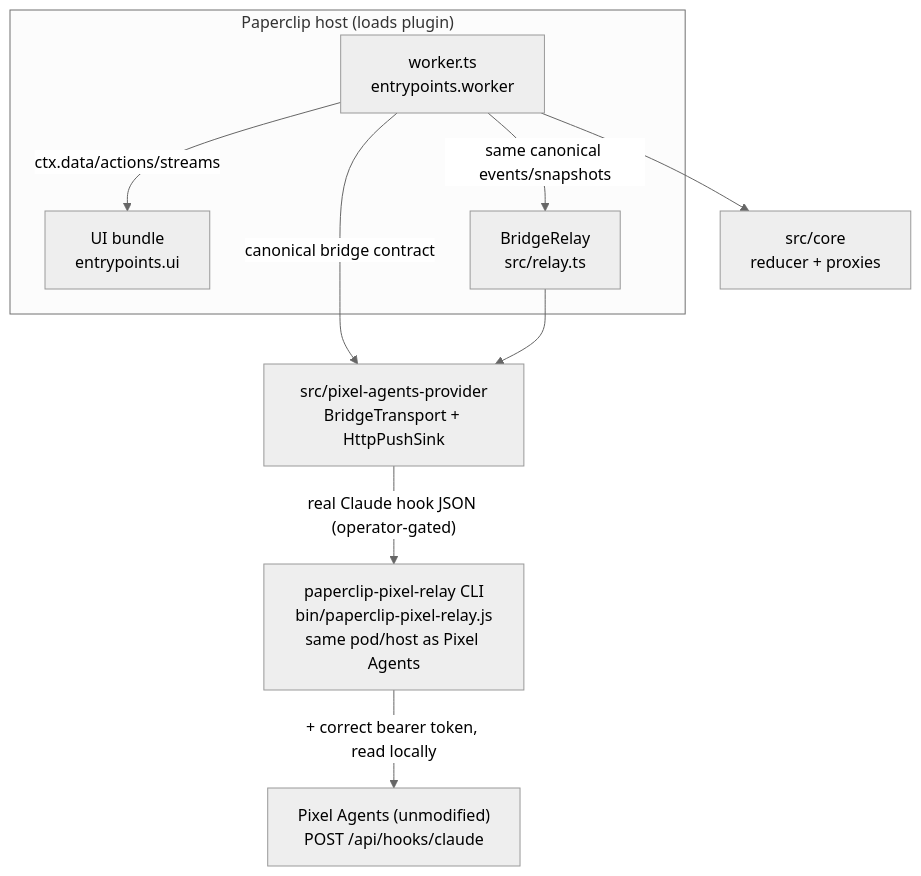
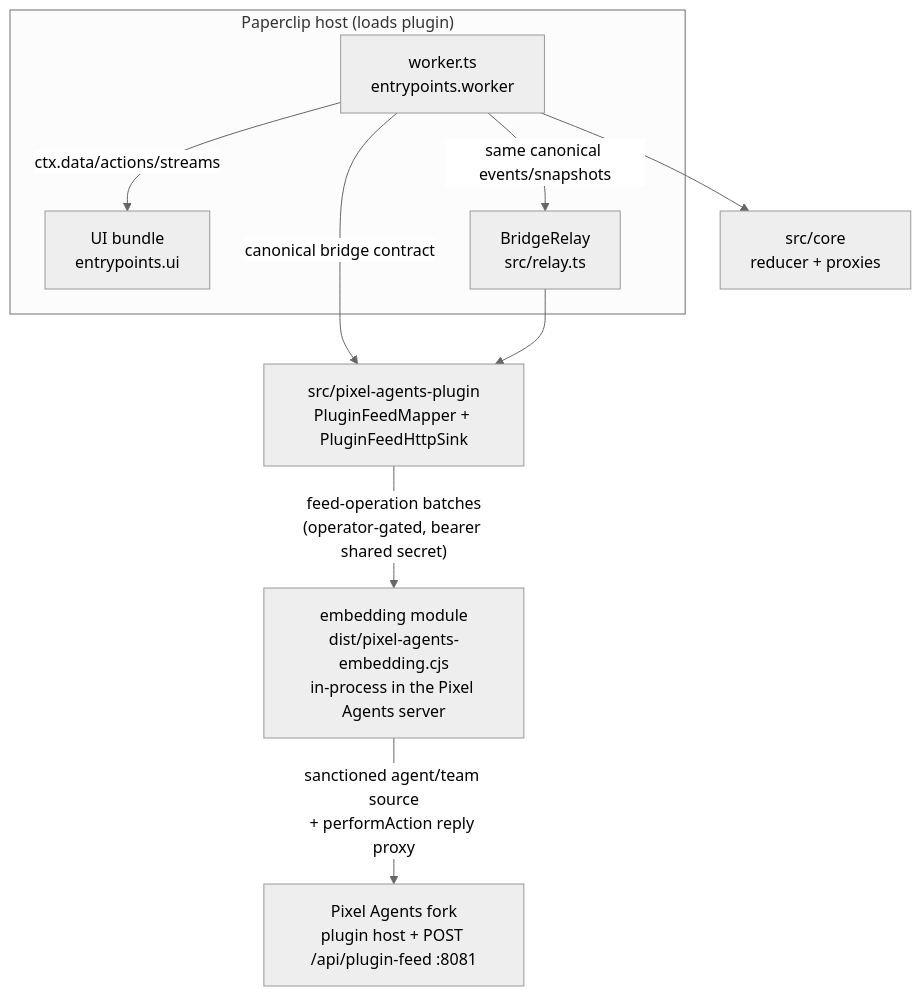
Before and after one commit to decaf-ts/paperclip-pixels: the second of 5 diagrams in workdocs/ai/project/architecture-handbook.md, drawn with Mermaid (neutral theme). The commit also changed other lines of this file and 56 other files, not shown here.

Commit message:
PAPERCLIP_PIXELS-2: run the paperclip bridge as a first-class plugin with authenticated feed and embedding loader; retire impersonation hacks

````diff
--- a/workdocs/ai/project/architecture-handbook.md
+++ b/workdocs/ai/project/architecture-handbook.md
@@ -268,19 +282,19 @@
 ```mermaid
 graph TD
   subgraph Host["Paperclip host (loads plugin)"]
     WK[worker.ts<br/>entrypoints.worker]
     UIB[UI bundle<br/>entrypoints.ui]
     RL[BridgeRelay<br/>src/relay.ts]
   end
   CORE[src/core<br/>reducer + proxies]
-  PA[src/pixel-agents-provider<br/>BridgeTransport + HttpPushSink]
-  RELAY[paperclip-pixel-relay CLI<br/>bin/paperclip-pixel-relay.js<br/>same pod/host as Pixel Agents]
-  PAS["Pixel Agents (unmodified)<br/>POST /api/hooks/claude"]
+  PA[src/pixel-agents-plugin<br/>PluginFeedMapper + PluginFeedHttpSink]
+  EMB["embedding module<br/>dist/pixel-agents-embedding.cjs<br/>in-process in the Pixel Agents server"]
+  PAS["Pixel Agents fork<br/>plugin host + POST /api/plugin-feed :8081"]
   WK --> CORE
   WK -->|"ctx.data/actions/streams"| UIB
   WK -->|"canonical bridge contract"| PA
   WK -->|"same canonical events/snapshots"| RL
   RL --> PA
-  PA -->|"real Claude hook JSON (operator-gated)"| RELAY
-  RELAY -->|"+ correct bearer token, read locally"| PAS
+  PA -->|"feed-operation batches<br/>(operator-gated, bearer shared secret)"| EMB
+  EMB -->|"sanctioned agent/team source<br/>+ performAction reply proxy"| PAS
 ```
````
